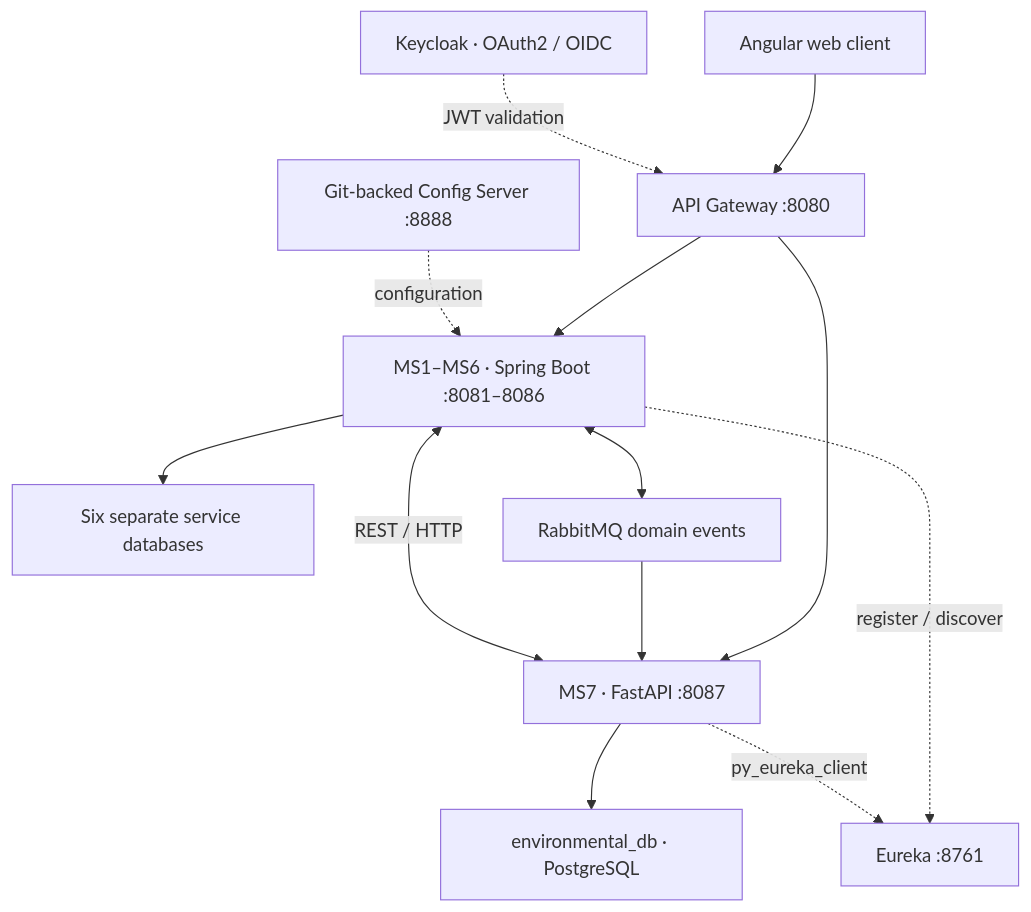
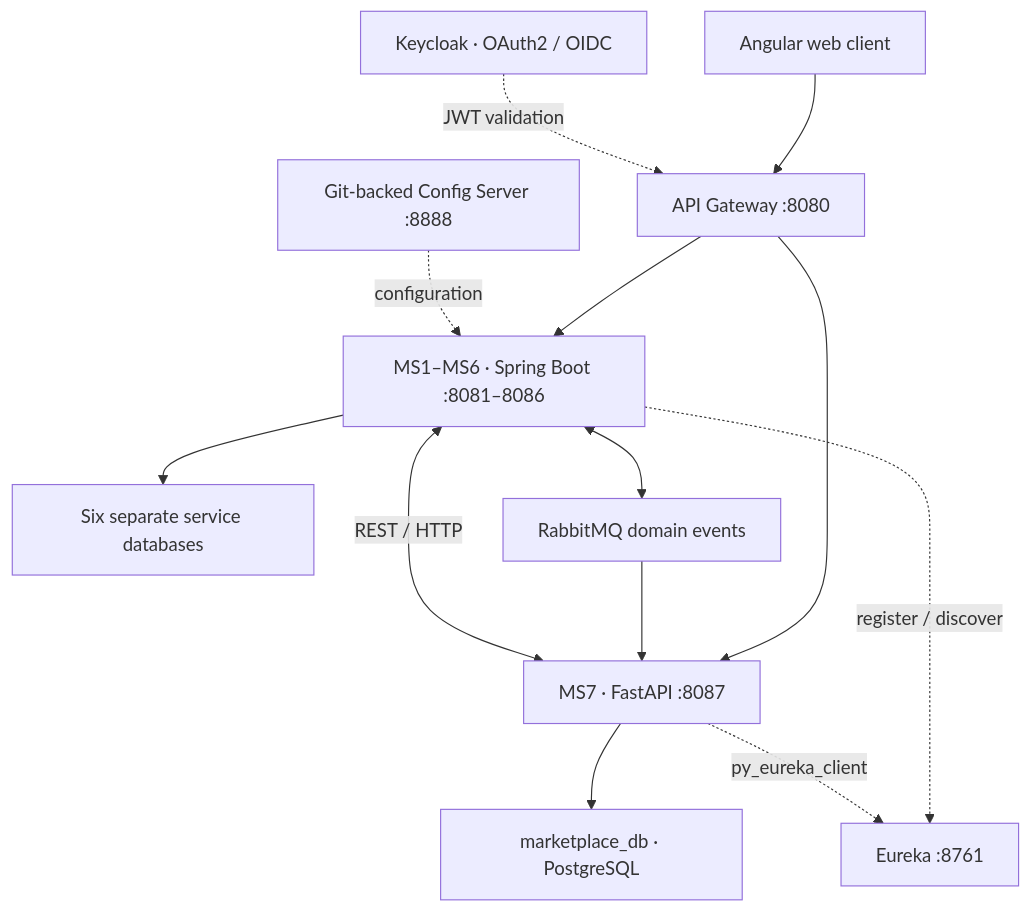
One commit to mahdibenmansour/WattWise-4DASI2-TheEnergizers changed the diagram in README.md. Above: the diagram before and after it, drawn with Mermaid. The commit also changed other lines of this file and 5 other files, not shown here.

````diff
--- a/README.md
+++ b/README.md
@@ -71,15 +71,15 @@
 ```mermaid
 flowchart TB
     A["Angular web client"] --> G["API Gateway :8080"]
     K["Keycloak · OAuth2 / OIDC"] -. "JWT validation" .-> G
     G --> S["MS1–MS6 · Spring Boot :8081–8086"]
     G --> P["MS7 · FastAPI :8087"]
     S --> D["Six separate service databases"]
-    P --> E["environmental_db · PostgreSQL"]
+    P --> E["marketplace_db · PostgreSQL"]
     S <--> R["RabbitMQ domain events"]
     R --> P
     S -. "register / discover" .-> U["Eureka :8761"]
     P -. "py_eureka_client" .-> U
     C["Git-backed Config Server :8888"] -. "configuration" .-> S
     S <-->|"REST / HTTP"| P
 ```
````
